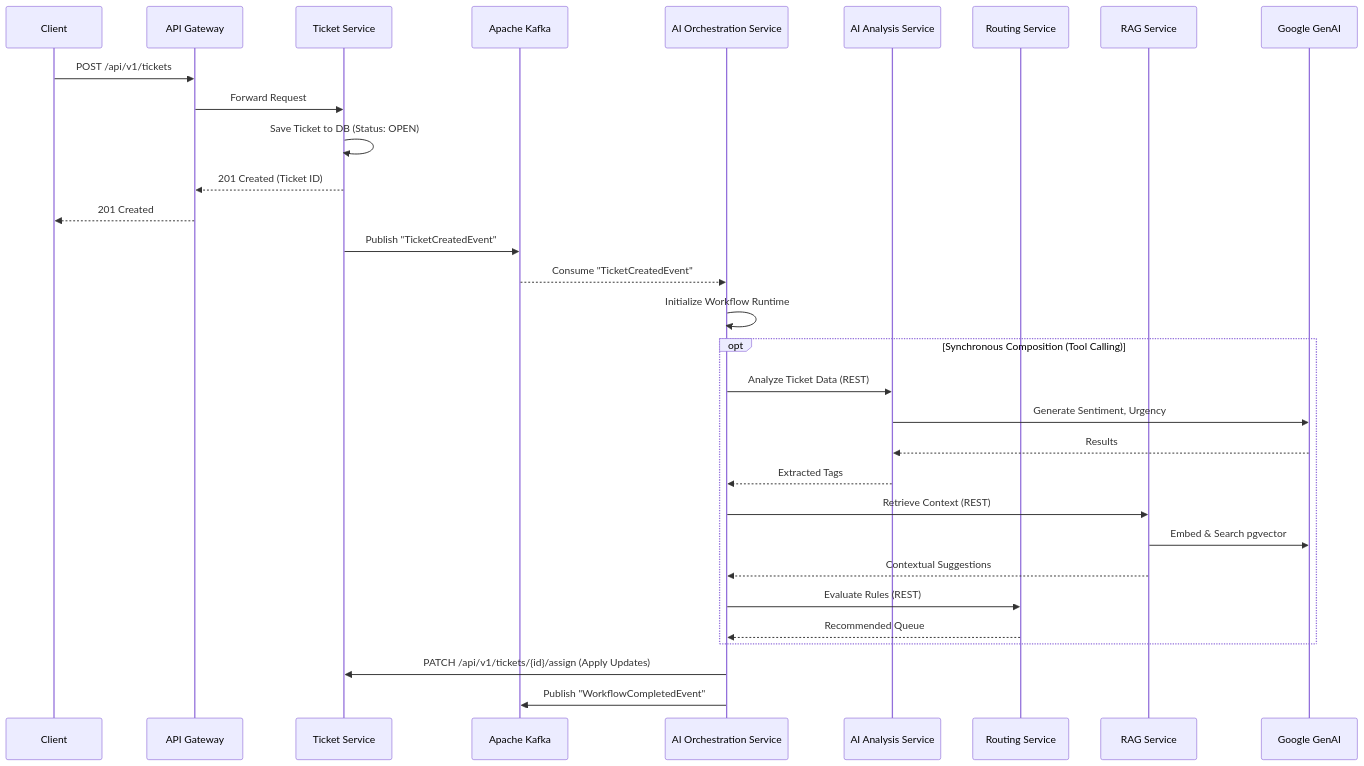
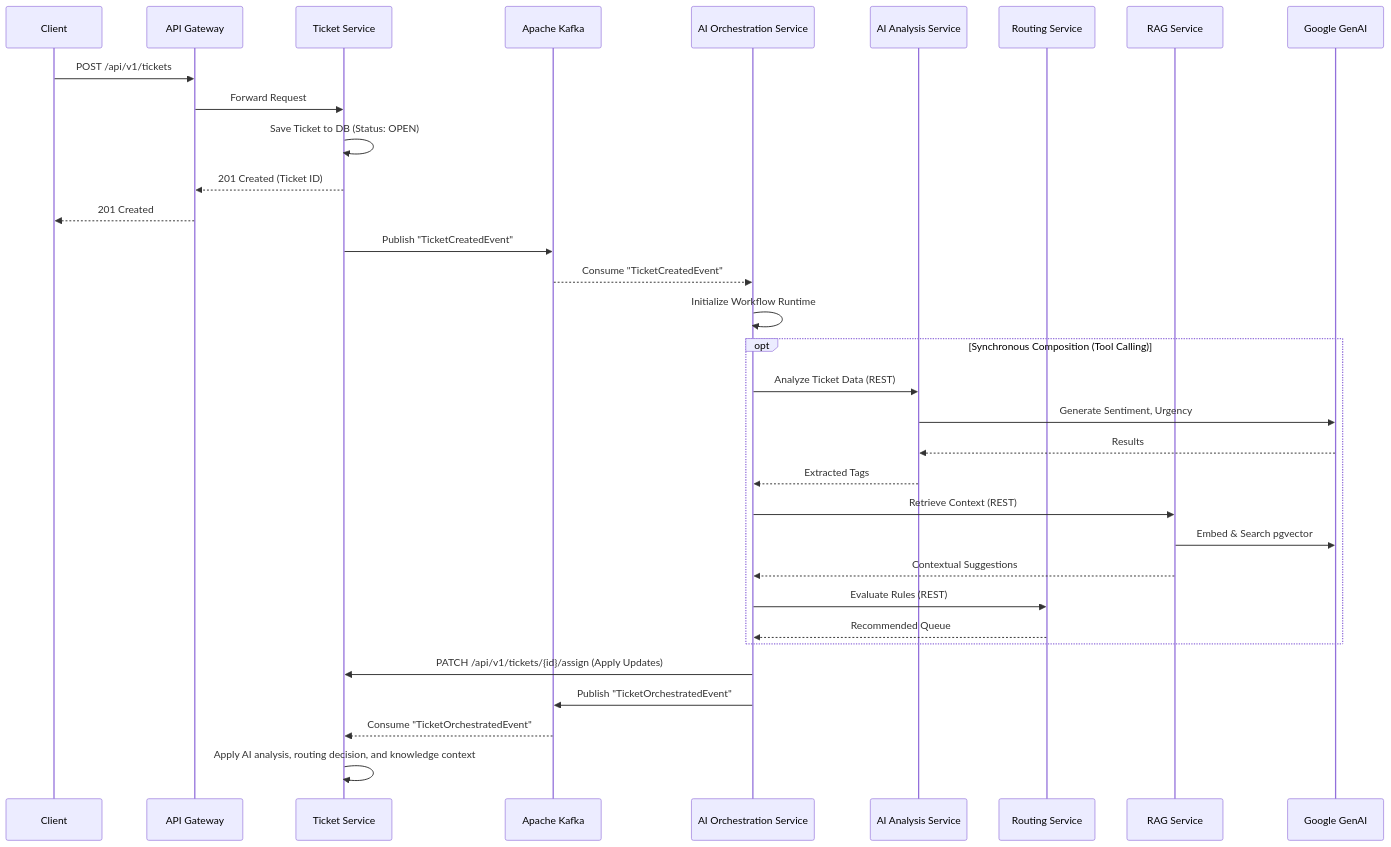
Before and after one commit to avisheksingha/ai-support-system: the second of 2 diagrams in OVERVIEW.md, drawn with Mermaid. The commit also changed other lines of this file and 36 other files, not shown here.

First line of the commit message:
Refactor workflow initialization tests to use ticketNumber and update correlation ID handling

````diff
--- a/OVERVIEW.md
+++ b/OVERVIEW.md
@@ -70,40 +70,42 @@
 ```mermaid
 sequenceDiagram
     participant Client
     participant Gateway as API Gateway
     participant TicketSvc as Ticket Service
     participant Kafka as Apache Kafka
     participant OrchSvc as AI Orchestration Service
     participant AISvc as AI Analysis Service
     participant RoutingSvc as Routing Service
     participant RAGSvc as RAG Service
     participant ExternalAI as Google GenAI
 
     Client->>Gateway: POST /api/v1/tickets
     Gateway->>TicketSvc: Forward Request
     TicketSvc->>TicketSvc: Save Ticket to DB (Status: OPEN)
     TicketSvc-->>Gateway: 201 Created (Ticket ID)
     Gateway-->>Client: 201 Created
     
     TicketSvc->>Kafka: Publish "TicketCreatedEvent"
     Kafka-->>OrchSvc: Consume "TicketCreatedEvent"
     
     OrchSvc->>OrchSvc: Initialize Workflow Runtime
     
     opt Synchronous Composition (Tool Calling)
         OrchSvc->>AISvc: Analyze Ticket Data (REST)
         AISvc->>ExternalAI: Generate Sentiment, Urgency
         ExternalAI-->>AISvc: Results
         AISvc-->>OrchSvc: Extracted Tags
         
         OrchSvc->>RAGSvc: Retrieve Context (REST)
         RAGSvc->>ExternalAI: Embed & Search pgvector
         RAGSvc-->>OrchSvc: Contextual Suggestions
         
         OrchSvc->>RoutingSvc: Evaluate Rules (REST)
         RoutingSvc-->>OrchSvc: Recommended Queue
     end
     
     OrchSvc->>TicketSvc: PATCH /api/v1/tickets/{id}/assign (Apply Updates)
-    OrchSvc->>Kafka: Publish "WorkflowCompletedEvent"
+    OrchSvc->>Kafka: Publish "TicketOrchestratedEvent"
+    Kafka-->>TicketSvc: Consume "TicketOrchestratedEvent"
+    TicketSvc->>TicketSvc: Apply AI analysis, routing decision, and knowledge context
 ```
````
